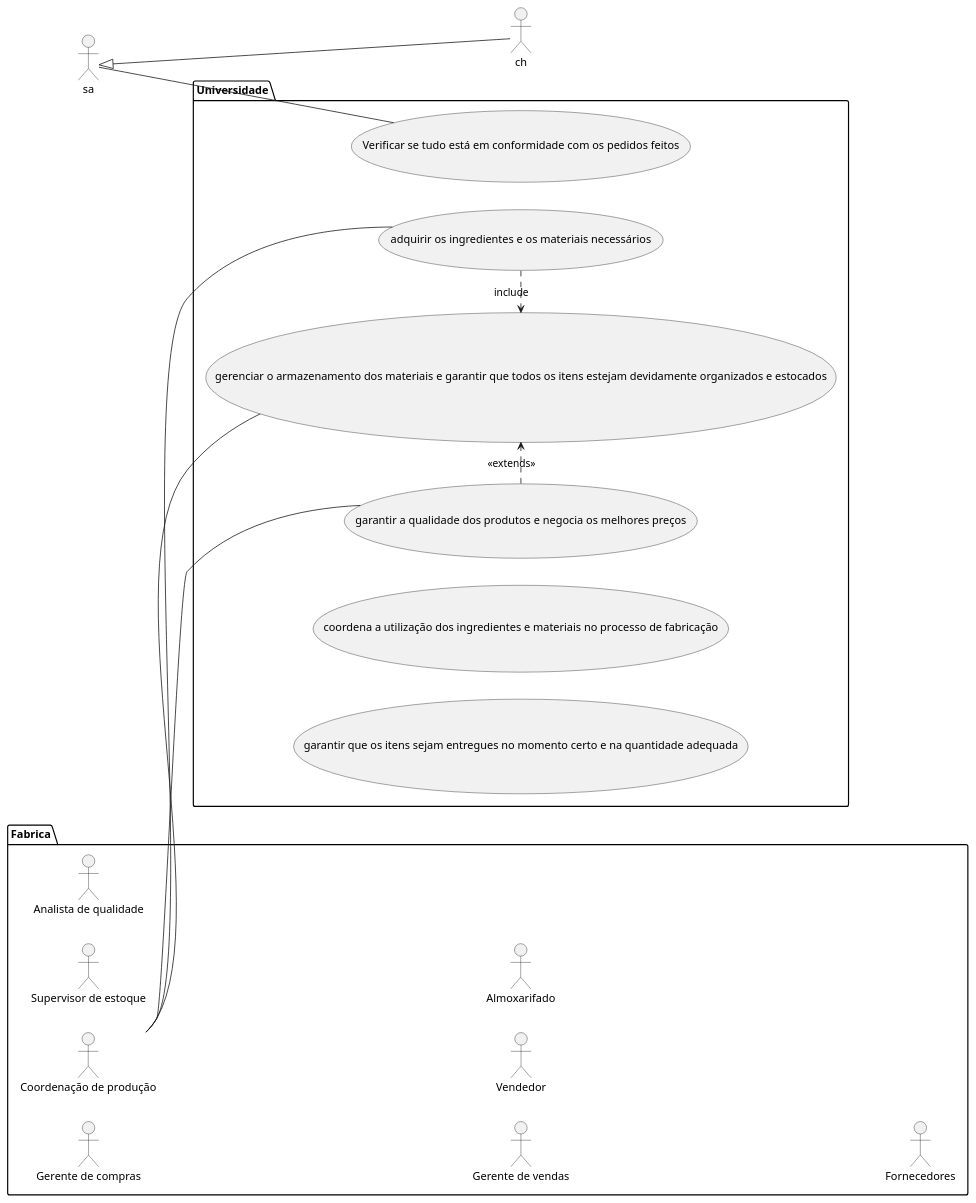
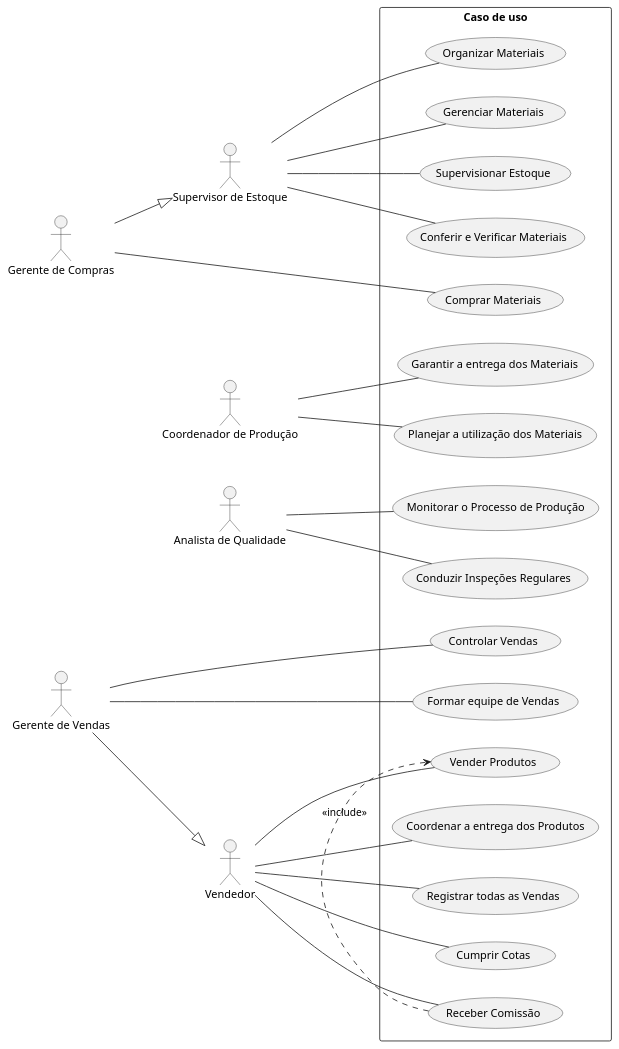
The diagram in Delicias_gourmet.puml (joaaoinacio/engenharia_I_2023), drawn with PlantUML before and after one commit.

Commit message:
Update Delicias Gourmet PUML

```diff
--- a/Delicias_gourmet.puml
+++ b/Delicias_gourmet.puml
@@ -1,30 +1,51 @@
-@startuml Delicias_Gourmet
+@startuml
+
 left to right direction
-package Fabrica {
-  actor "Gerente de compras" as a
-  actor "Supervisor de estoque" as b
-  actor "Coordenação de produção" as c
-  actor "Analista de qualidade" as d
-  actor "Gerente de vendas" as f
-  actor "Vendedor" as e
-  actor "Almoxarifado" as g
-  actor "Fornecedores" as h
 
+    actor "Gerente de Compras" as gc
+    actor "Supervisor de Estoque" as sde
+    actor "Coordenador de Produção" as cp
+    actor "Analista de Qualidade" as aq 
+    actor "Gerente de Vendas" as gv
+    actor Vendedor as vd 
+
+
+rectangle "Caso de uso" {
+   usecase "Organizar Materiais" as UC1  
+    usecase "Gerenciar Materiais" as UC2
+    usecase "Supervisionar Estoque" as UC3
+    usecase "Receber Comissão" as UC4
+    usecase "Vender Produtos" as UC5
+    usecase "Controlar Vendas" as UC6
+    usecase "Comprar Materiais" as UC7
+    usecase "Conferir e Verificar Materiais" as UC8
+    usecase "Garantir a entrega dos Materiais" as UC9
+    usecase "Planejar a utilização dos Materiais" as UC10
+    usecase "Monitorar o Processo de Produção" as UC11
+    usecase "Conduzir Inspeções Regulares" as UC12
+    usecase "Coordenar a entrega dos Produtos" as UC13
+    usecase "Registrar todas as Vendas" as UC14 
+    usecase "Formar equipe de Vendas" as UC15
+    usecase "Cumprir Cotas" as UC16 
 }
-package Universidade {
-  usecase "adquirir os ingredientes e os materiais necessários" as UC1
-  usecase "gerenciar o armazenamento dos materiais e garantir que todos os itens estejam devidamente organizados e estocados" as UC2
-  usecase "garantir a qualidade dos produtos e negocia os melhores preços" as UC3
-  usecase "Verificar se tudo está em conformidade com os pedidos feitos" as UC4
-  usecase "coordena a utilização dos ingredientes e materiais no processo de fabricação"
-  usecase "garantir que os itens sejam entregues no momento certo e na quantidade adequada"
+    vd -- UC4
+    vd -- UC16 
+    vd -- UC5 
+    gv -- UC6 
+    gv -- UC15 
+    (UC4) .> (UC5) : <<include>> 
+    sde -- UC2 
+    gv --|> vd 
+    gc -- UC7 
+    gc --|> sde 
+    sde -- UC8
+    cp -- UC10
+    aq -- UC11
+    aq -- UC12 
+    vd -- UC13
+    vd -- UC14 
+    sde -- UC1 
+    cp -- UC9 
+    sde -- UC3 
 
-  (UC1) .> (UC2) : include
-  (UC3) .> (UC2) : <<extends>>
-}
-sa -- UC4
-c -- UC1
-c -- UC2
-c -- UC3
-sa <|-- ch  
-@enduml
+@enduml 
```
